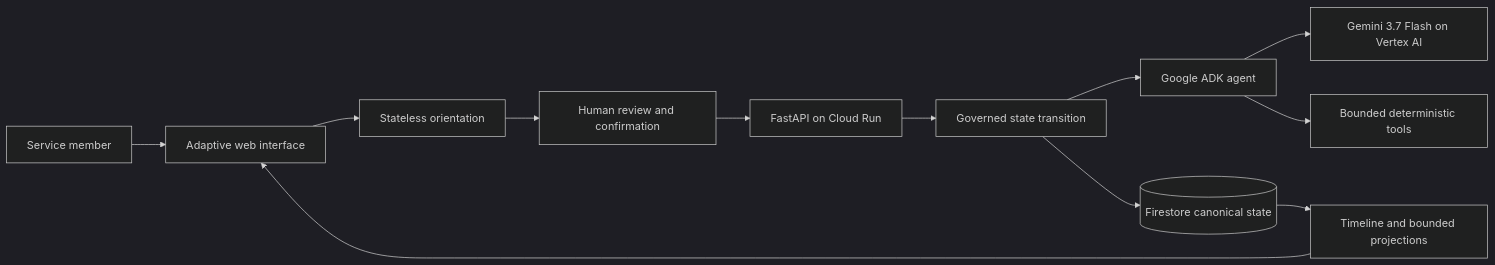
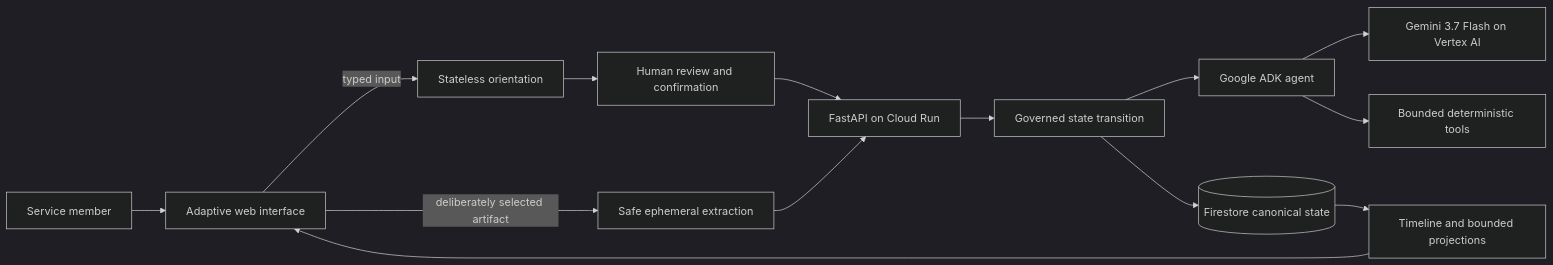
Before and after one commit to kevinfagundes85-art/military-slices: the diagram in README.md, drawn with Mermaid (dark theme). The commit also changed other lines of this file and 16 other files, not shown here.

````diff
--- a/README.md
+++ b/README.md
@@ -25,14 +26,16 @@
 ```mermaid
 flowchart LR
     H[Service member] --> UI[Adaptive web interface]
-    UI --> O[Stateless orientation]
+    UI -->|typed input| O[Stateless orientation]
     O --> R[Human review and confirmation]
     R --> API[FastAPI on Cloud Run]
+    UI -->|deliberately selected artifact| X[Safe ephemeral extraction]
+    X --> API
     API --> G[Governed state transition]
     G --> ADK[Google ADK agent]
     ADK --> GEM[Gemini 3.7 Flash on Vertex AI]
     ADK --> T[Bounded deterministic tools]
     G --> FS[(Firestore canonical state)]
     FS --> P[Timeline and bounded projections]
     P --> UI
 ```
````
